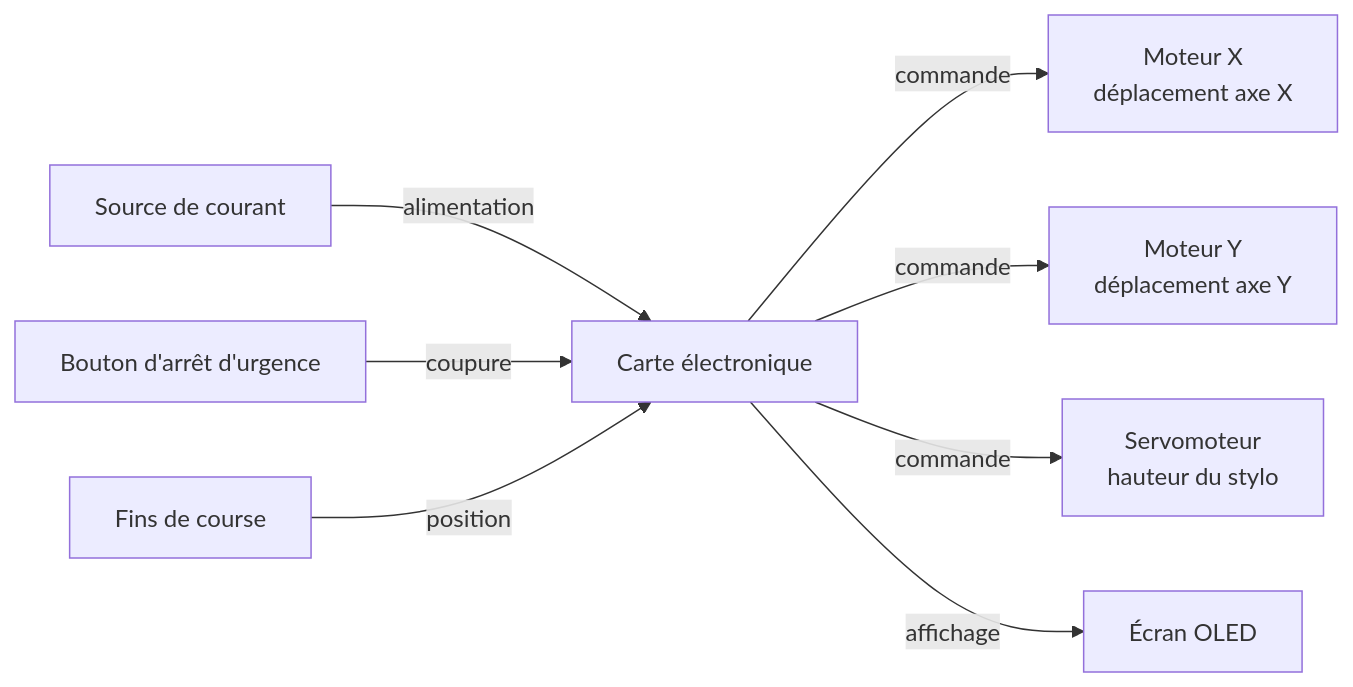
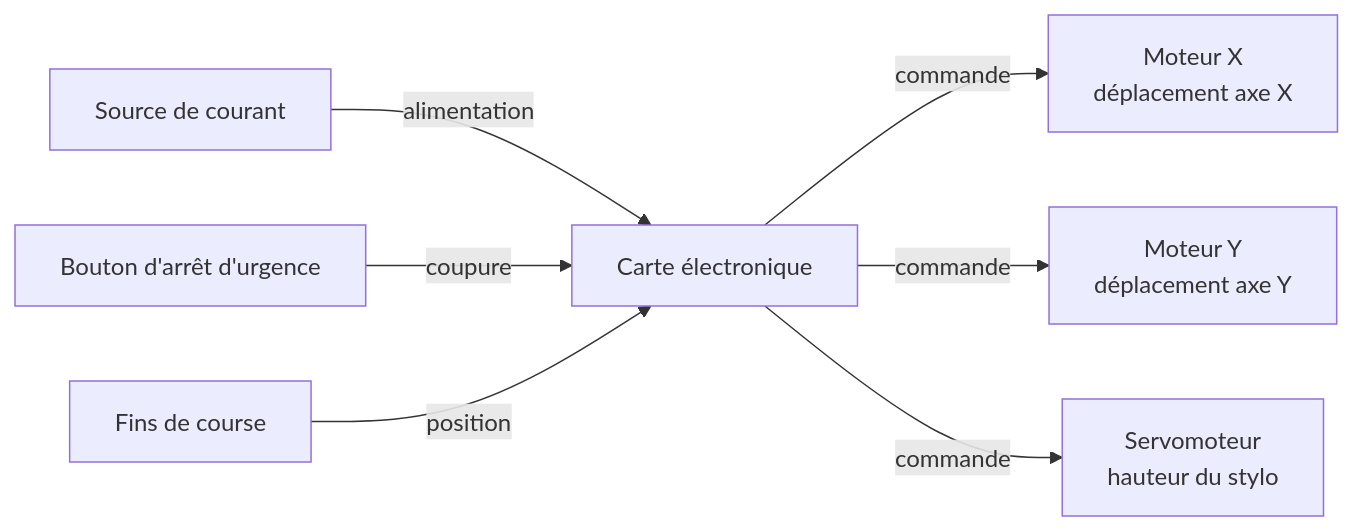
One commit to Makerspace-Amiens-2026-27/MachineThatDraws2627-Groupe04 changed the diagram in docs/conception/index.md. Above: the diagram before and after it, drawn with Mermaid.

````diff
--- a/docs/conception/index.md
+++ b/docs/conception/index.md
@@ -26,10 +26,9 @@
 ```mermaid
 graph LR
     Source["Source de courant"] -->|alimentation| Carte["Carte électronique"]
     Arret["Bouton d'arrêt d'urgence"] -->|coupure| Carte
     Fins["Fins de course"] -->|position| Carte
     Carte -->|commande| MX["Moteur X<br/>déplacement axe X"]
     Carte -->|commande| MY["Moteur Y<br/>déplacement axe Y"]
     Carte -->|commande| Servo["Servomoteur<br/>hauteur du stylo"]
-    Carte -->|affichage| Ecran["Écran OLED"]
 ```
````
